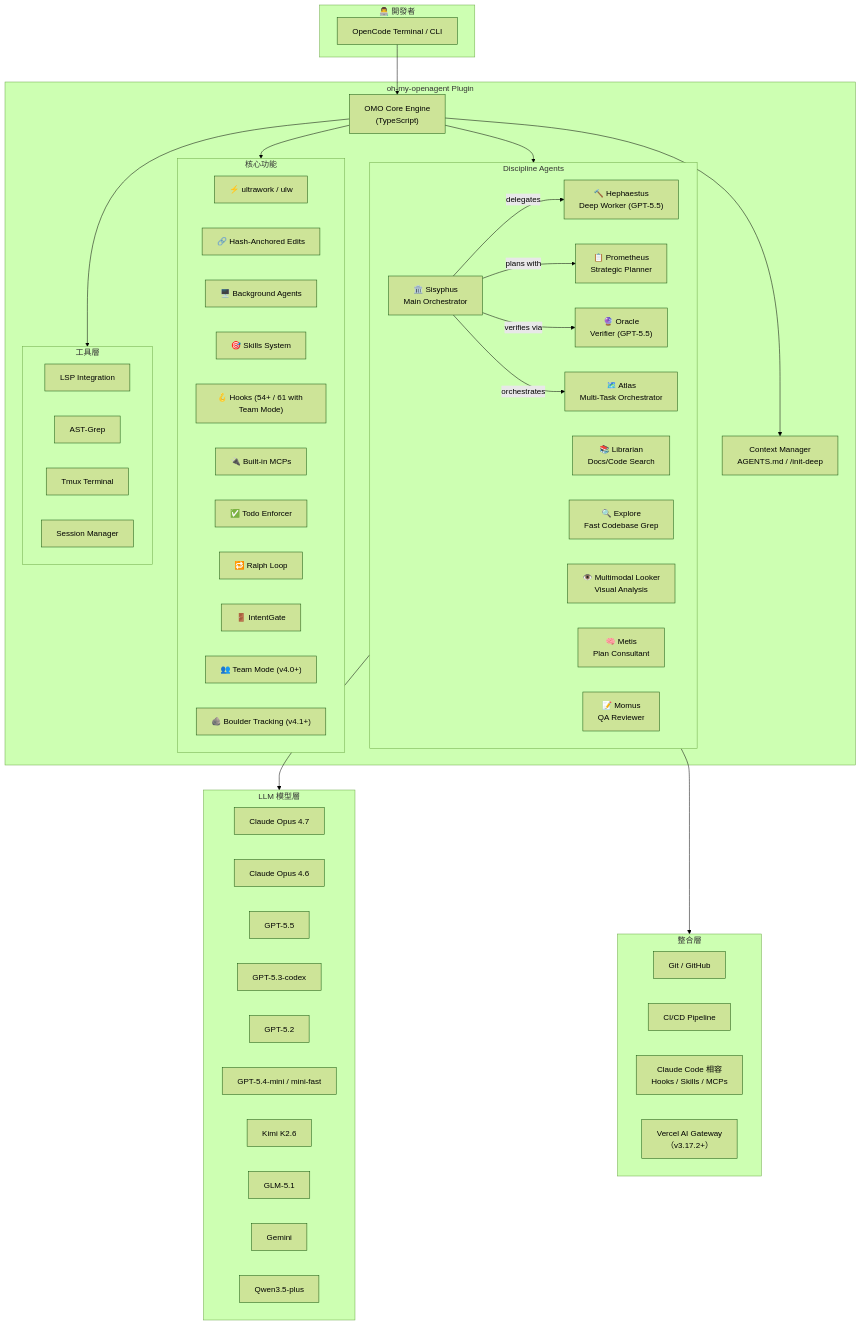
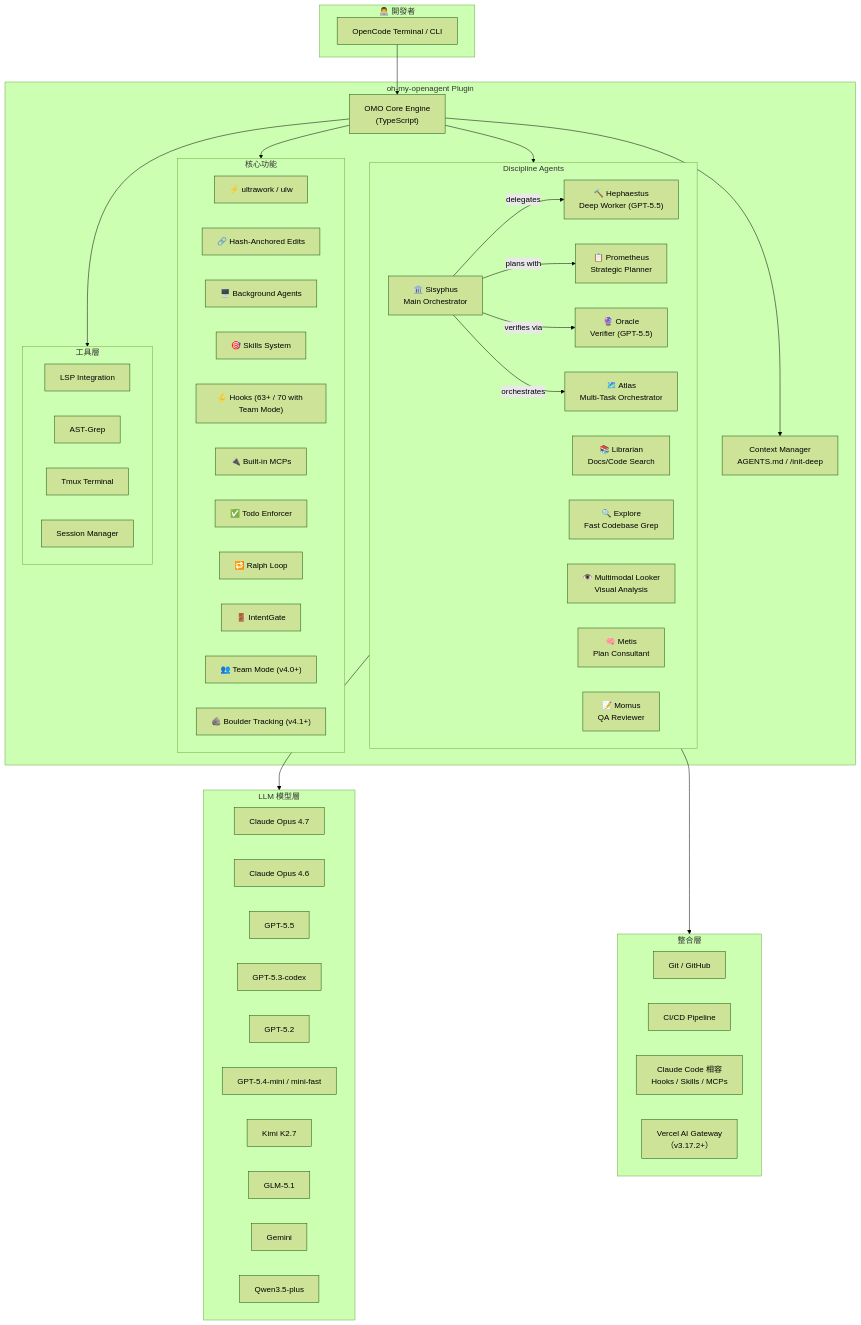
The first of 21 diagrams in content/posts/教學/AI開發/oh-my-openagent（Oh My OpenCode, OMO）教學手冊.md (chihhung/Blog), drawn with Mermaid (forest theme) before and after one commit. The commit also changed other lines of this file and 22 other files, not shown here.

````diff
--- a/content/posts/教學/AI開發/oh-my-openagent（Oh My OpenCode, OMO）教學手冊.md
+++ b/content/posts/教學/AI開發/oh-my-openagent（Oh My OpenCode, OMO）教學手冊.md
@@ -190,78 +204,78 @@
 ```mermaid
 graph TB
     subgraph Developer["👨‍💻 開發者"]
         CLI["OpenCode Terminal / CLI"]
     end
 
     subgraph OMO["oh-my-openagent Plugin"]
         Core["OMO Core Engine<br/>(TypeScript)"]
         
         subgraph Agents["Discipline Agents"]
             Sisyphus["🏛️ Sisyphus<br/>Main Orchestrator"]
             Hephaestus["🔨 Hephaestus<br/>Deep Worker (GPT-5.5)"]
             Prometheus["📋 Prometheus<br/>Strategic Planner"]
             Oracle["🔮 Oracle<br/>Verifier (GPT-5.5)"]
             Atlas["🗺️ Atlas<br/>Multi-Task Orchestrator"]
             Librarian["📚 Librarian<br/>Docs/Code Search"]
             Explore["🔍 Explore<br/>Fast Codebase Grep"]
             Looker["👁️ Multimodal Looker<br/>Visual Analysis"]
             Metis["🧠 Metis<br/>Plan Consultant"]
             Momus["📝 Momus<br/>QA Reviewer"]
         end
 
         subgraph Features["核心功能"]
             Ultrawork["⚡ ultrawork / ulw"]
             Hashline["🔗 Hash-Anchored Edits"]
             BgAgents["🖥️ Background Agents"]
             Skills["🎯 Skills System"]
-            Hooks["🪝 Hooks (54+ / 61 with Team Mode)"]
+            Hooks["🪝 Hooks (63+ / 70 with Team Mode)"]
             MCPs["🔌 Built-in MCPs"]
             TodoEnf["✅ Todo Enforcer"]
             RalphLoop["🔁 Ralph Loop"]
             IntentGate["🚪 IntentGate"]
             TeamMode["👥 Team Mode (v4.0+)"]
             Boulder["🪨 Boulder Tracking (v4.1+)"]
         end
 
         subgraph Tools["工具層"]
             LSP["LSP Integration"]
             AST["AST-Grep"]
             Tmux["Tmux Terminal"]
             Session["Session Manager"]
         end
 
         Context["Context Manager<br/>AGENTS.md / /init-deep"]
     end
 
     subgraph Models["​LLM 模型層"]
         Claude["Claude Opus 4.7"]
         Claude46["Claude Opus 4.6"]
         GPT55["GPT-5.5"]
         GPT53["GPT-5.3-codex"]
         GPT52["GPT-5.2"]
         GPT54mini["GPT-5.4-mini / mini-fast"]
-        Kimi["Kimi K2.6"]
+        Kimi["Kimi K2.7"]
         GLM["GLM-5.1"]
         Gemini["Gemini"]
         Qwen["Qwen3.5-plus"]
     end
 
     subgraph Integration["整合層"]
         Git["Git / GitHub"]
         CICD["CI/CD Pipeline"]
         ClaudeCode["Claude Code 相容<br/>Hooks / Skills / MCPs"]
         VercelGW["Vercel AI Gateway<br/>（v3.17.2+）"]
     end
 
     CLI --> Core
     Core --> Agents
     Core --> Features
     Core --> Tools
     Core --> Context
     Sisyphus -->|"delegates"| Hephaestus
     Sisyphus -->|"plans with"| Prometheus
     Sisyphus -->|"verifies via"| Oracle
     Sisyphus -->|"orchestrates"| Atlas
     Agents --> Models
     Agents --> Integration
 ```
````
